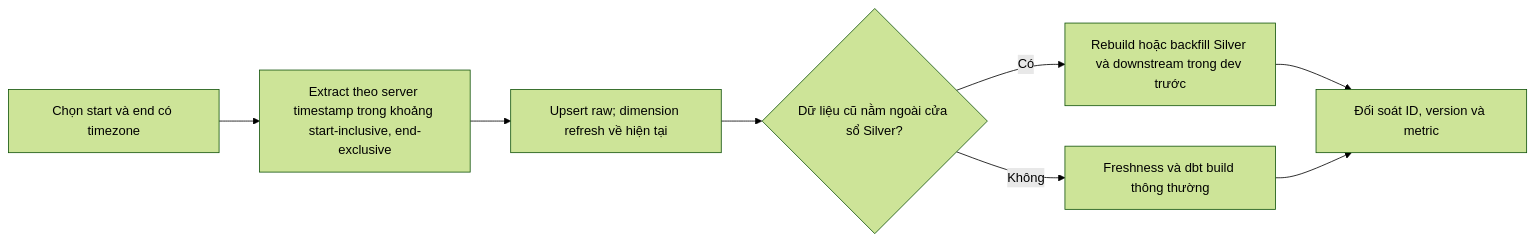
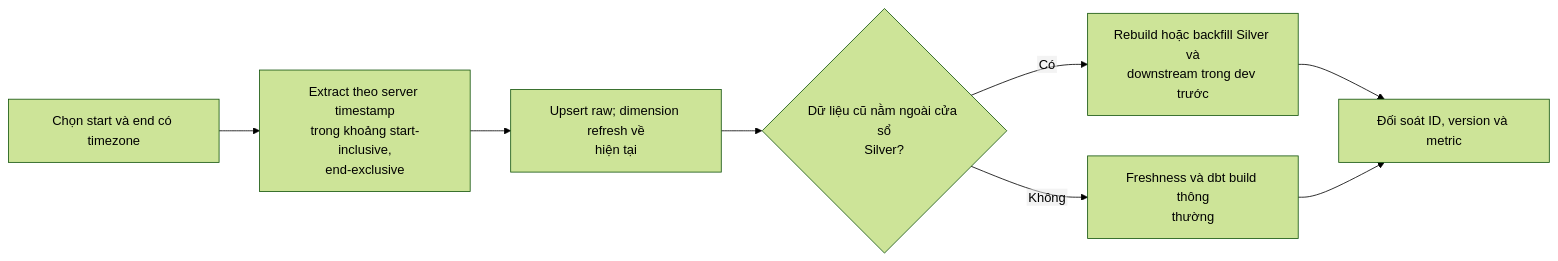
Before and after one commit to PhucTruong11/laplaptech_pipeline: the fifth of 7 diagrams in docs/architecture/data_flow.md, drawn with Mermaid (forest theme). The commit also changed other lines of this file and 60 other files, not shown here.

````diff
--- a/docs/architecture/data_flow.md
+++ b/docs/architecture/data_flow.md
@@ -191,10 +173,11 @@
 ```mermaid
+%%{init: {"flowchart": {"htmlLabels": false}}}%%
 flowchart LR
-    R["Chọn start và end có timezone"] --> E["Extract theo server timestamp trong khoảng start-inclusive, end-exclusive"]
-    E --> U["Upsert raw; dimension refresh về hiện tại"]
-    U --> W{"Dữ liệu cũ nằm ngoài cửa sổ Silver?"}
-    W -->|"Có"| REBUILD["Rebuild hoặc backfill Silver và downstream trong dev trước"]
-    W -->|"Không"| BUILD["Freshness và dbt build thông thường"]
+    R["Chọn start và end có timezone"] --> E["Extract theo server timestamp<br/>trong khoảng start-inclusive,<br/>end-exclusive"]
+    E --> U["Upsert raw; dimension refresh về<br/>hiện tại"]
+    U --> W{"Dữ liệu cũ nằm ngoài cửa sổ<br/>Silver?"}
+    W -->|"Có"| REBUILD["Rebuild hoặc backfill Silver và<br/>downstream trong dev trước"]
+    W -->|"Không"| BUILD["Freshness và dbt build thông<br/>thường"]
     REBUILD --> VERIFY["Đối soát ID, version và metric"]
     BUILD --> VERIFY
 ```
````
